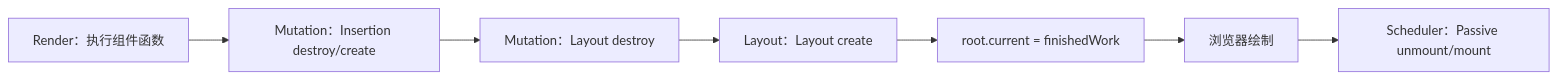
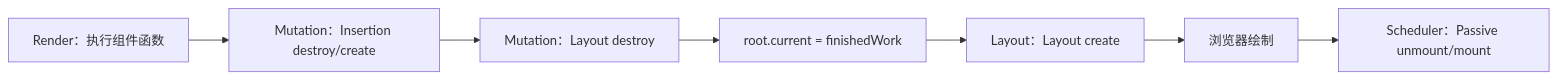
One commit to sentibeitaokong/CoreFront-EndConcepts changed the first of 2 diagrams in apps/docs/frameworks/react/advanced/source-code/hooks/useEffect.md. Above: the diagram before and after it, drawn with Mermaid. The commit also changed other lines of this file and 83 other files, not shown here.

````diff
--- a/apps/docs/frameworks/react/advanced/source-code/hooks/useEffect.md
+++ b/apps/docs/frameworks/react/advanced/source-code/hooks/useEffect.md
@@ -547,9 +547,9 @@
 ```mermaid
 flowchart LR
     A["Render：执行组件函数"] --> B["Mutation：Insertion destroy/create"]
     B --> C["Mutation：Layout destroy"]
-    C --> D["Layout：Layout create"]
-    D --> E["root.current = finishedWork"]
+    C --> D["root.current = finishedWork"]
+    D --> E["Layout：Layout create"]
     E --> F["浏览器绘制"]
     F --> G["Scheduler：Passive unmount/mount"]
 ```
````
